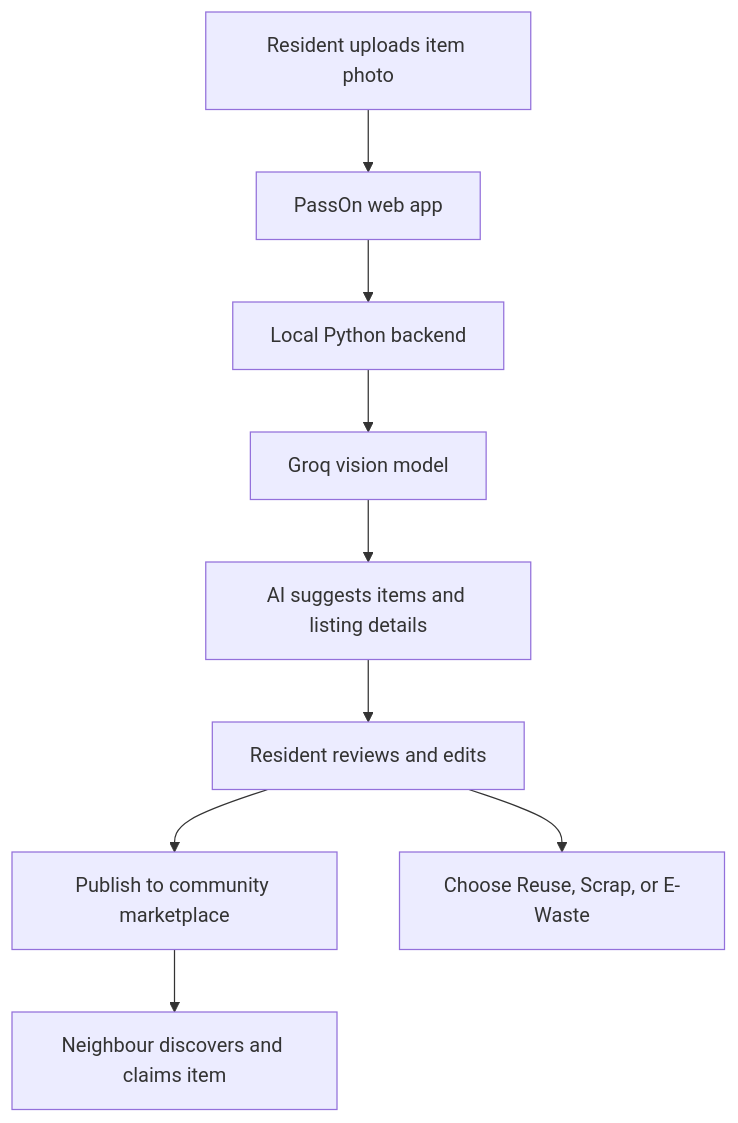
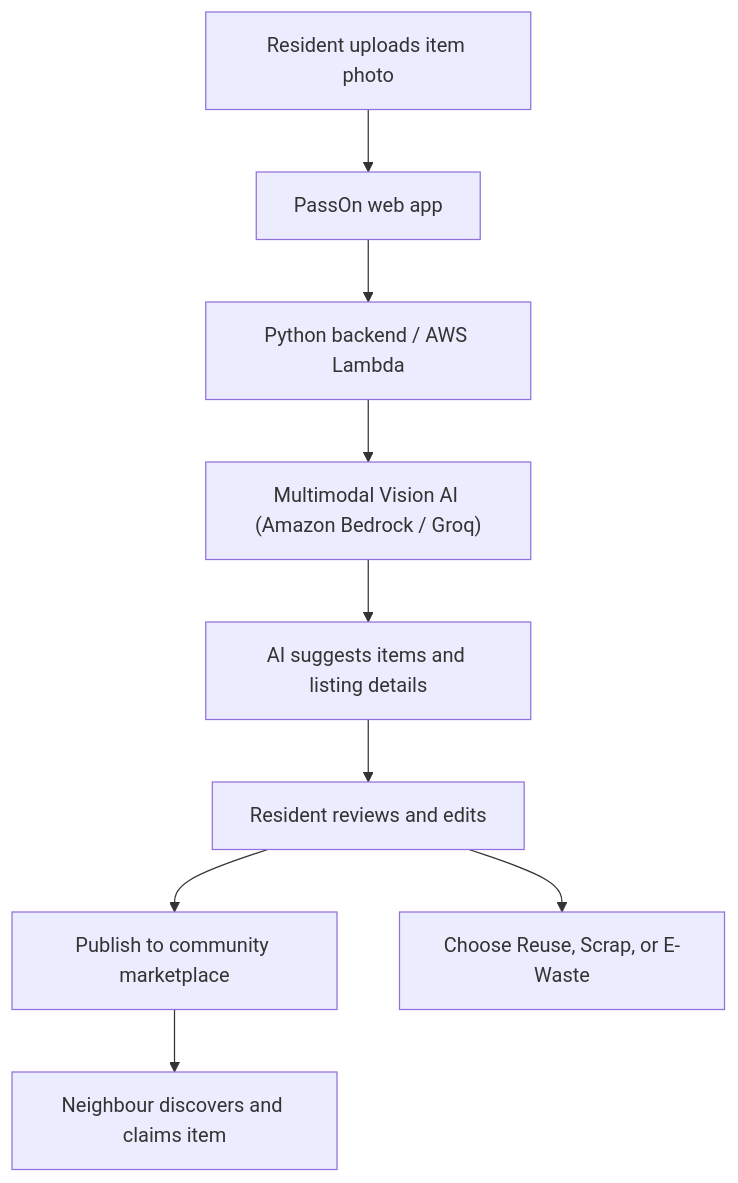
One commit to Yosuf20/PassOn changed the diagram in README.md. Above: the diagram before and after it, drawn with Mermaid. The commit also changed other lines of this file and 4 other files, not shown here.

Commit message:
feat(ai): integrate Amazon Bedrock vision provider, add SAM policies, and update documentation

````diff
--- a/README.md
+++ b/README.md
@@ -74,11 +75,11 @@
 ```mermaid
 flowchart TD
     A[Resident uploads item photo] --> B[PassOn web app]
-    B --> C[Local Python backend]
-    C --> D[Groq vision model]
+    B --> C[Python backend / AWS Lambda]
+    C --> D["Multimodal Vision AI (Amazon Bedrock / Groq)"]
     D --> E[AI suggests items and listing details]
     E --> F[Resident reviews and edits]
     F --> G[Publish to community marketplace]
     G --> H[Neighbour discovers and claims item]
     F --> I[Choose Reuse, Scrap, or E-Waste]
 ```
````
